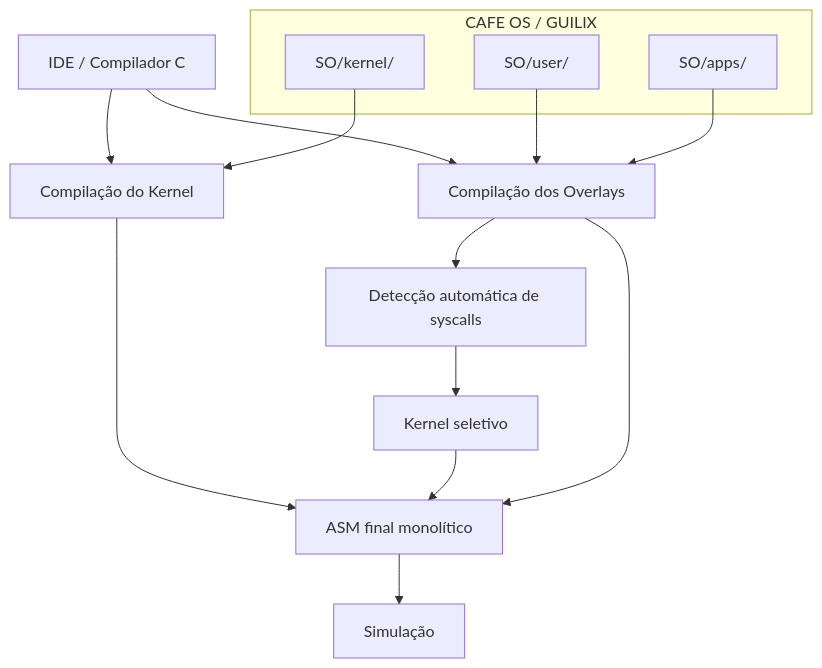
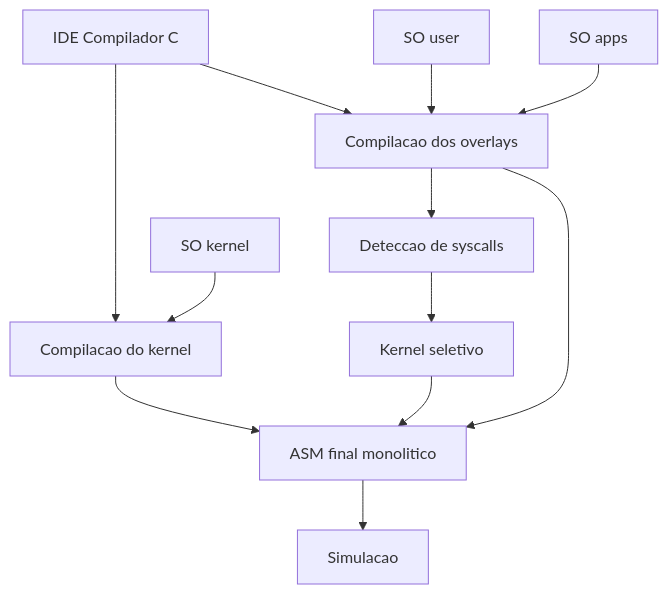
Before and after one commit to garme/cafe_os: the first of 6 diagrams in README.md, drawn with Mermaid. The commit also changed other lines of this file, not shown here.

````diff
--- a/README.md
+++ b/README.md
@@ -69,21 +69,14 @@
 ```mermaid
-flowchart TD
-    A[IDE / Compilador C] --> B[Compilação do Kernel]
-    A --> C[Compilação dos Overlays]
-    C --> D[Detecção automática de syscalls]
-    D --> E[Kernel seletivo]
-    B --> F[ASM final monolítico]
-    E --> F
-    C --> F
-    F --> G[Simulação]
-
-    subgraph SO[CAFE OS / GUILIX]
-        K[SO/kernel/]
-        U[SO/user/]
-        P[SO/apps/]
-    end
-
-    K --> B
-    U --> C
-    P --> C
+graph TD
+    IDE[IDE Compilador C] --> KBUILD[Compilacao do kernel]
+    IDE --> OBUILD[Compilacao dos overlays]
+    OBUILD --> SCAN[Deteccao de syscalls]
+    SCAN --> KSEL[Kernel seletivo]
+    KBUILD --> ASM[ASM final monolitico]
+    KSEL --> ASM
+    OBUILD --> ASM
+    ASM --> SIM[Simulacao]
+    KDIR[SO kernel] --> KBUILD
+    UDIR[SO user] --> OBUILD
+    ADIR[SO apps] --> OBUILD
 ```
````
